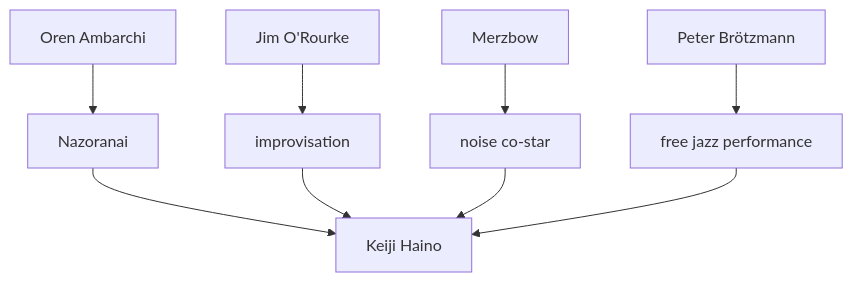
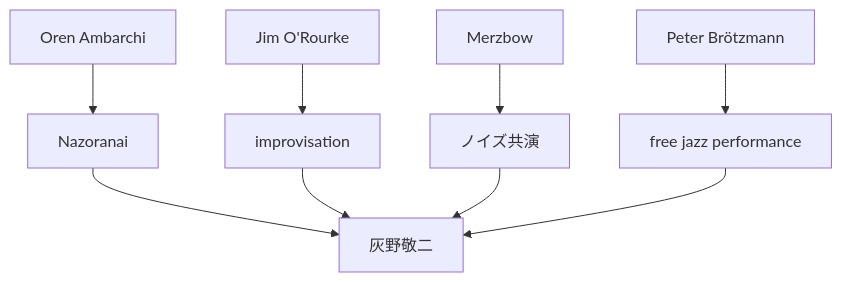
One commit to monumental-movement/monumental-movement.github.io changed the seventh of 9 diagrams in en/_posts/2026-03-06-column-keiji-haino.md. Above: the diagram before and after it, drawn with Mermaid. The commit also changed other lines of this file and 1012 other files, not shown here.

```diff
--- a/en/_posts/2026-03-06-column-keiji-haino.md
+++ b/en/_posts/2026-03-06-column-keiji-haino.md
@@ -624,22 +624,22 @@
 <div class="mermaid">
 
 graph TD
 
-Haino[Keiji Haino]
+Haino[灰野敬二]
 
 Oren[Oren Ambarchi]
 Jim[Jim O'Rourke]
 Merzbow[Merzbow]
 Peter[Peter Brötzmann]
 
 Oren --> Nazoranai[Nazoranai]
 Jim --> Improvisation[improvisation]
-Merzbow --> NoiseSession[noise co-star]
+Merzbow --> NoiseSession[ノイズ共演]
 Peter --> FreeJazz[free jazz performance]
 
 Nazoranai --> Haino
 Improvisation --> Haino
 NoiseSession --> Haino
 FreeJazz --> Haino
 
 </div>
```
